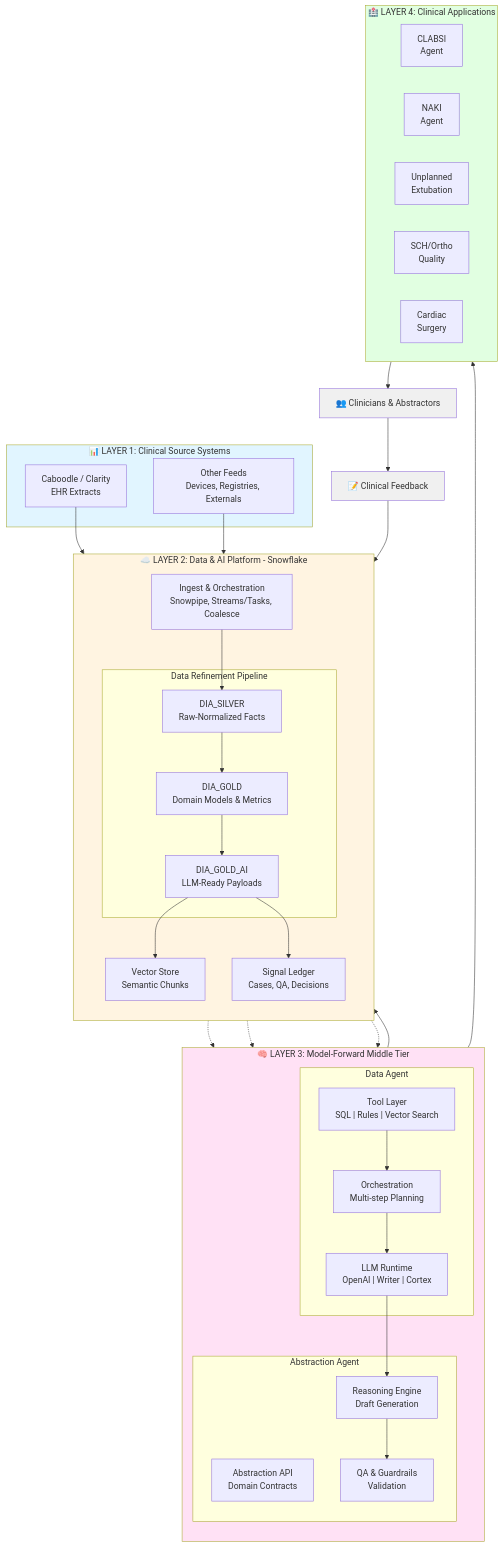
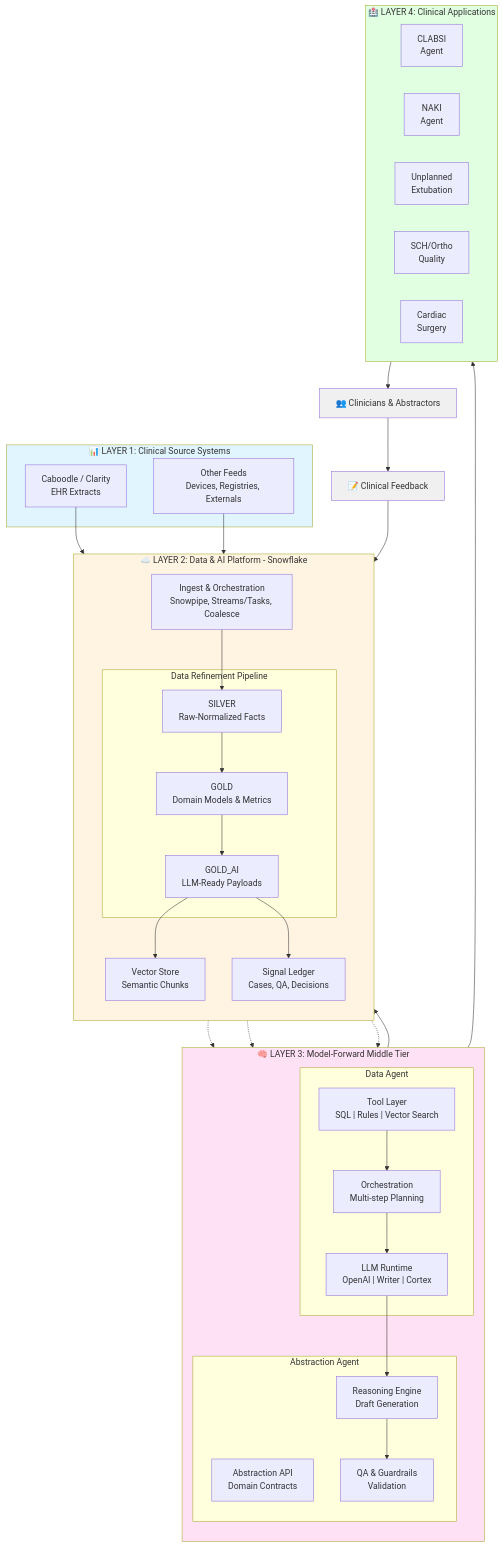
The second of 4 diagrams in README.md (reachosen/Model-Forward-Clinical-Abstraction-Platform), drawn with Mermaid before and after one commit. The commit also changed other lines of this file, not shown here.

First line of the commit message:
Remove DIA prefix from database layers for generic naming

```diff
--- a/README.md
+++ b/README.md
@@ -47,9 +47,9 @@
         Ingest["Ingest & Orchestration<br/>Snowpipe, Streams/Tasks, Coalesce"]
 
         subgraph DataLayers["Data Refinement Pipeline"]
-            Silver["DIA_SILVER<br/>Raw-Normalized Facts"]
-            Gold["DIA_GOLD<br/>Domain Models & Metrics"]
-            GoldAI["DIA_GOLD_AI<br/>LLM-Ready Payloads"]
+            Silver["SILVER<br/>Raw-Normalized Facts"]
+            Gold["GOLD<br/>Domain Models & Metrics"]
+            GoldAI["GOLD_AI<br/>LLM-Ready Payloads"]
         end
 
         Vec["Vector Store<br/>Semantic Chunks"]
```
